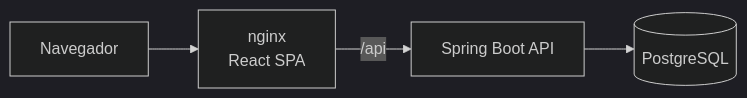
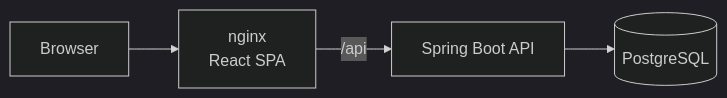
Before and after one commit to AndreSouzaTI/finance-tracker-fullstack: the diagram in README.md, drawn with Mermaid (dark theme). The commit also changed other lines of this file, not shown here.

````diff
--- a/README.md
+++ b/README.md
@@ -37,6 +37,6 @@
 ```mermaid
 flowchart LR
-    B[Navegador] --> N[nginx<br/>React SPA]
+    B[Browser] --> N[nginx<br/>React SPA]
     N -->|/api| A[Spring Boot API]
     A --> DB[(PostgreSQL)]
 ```
````
